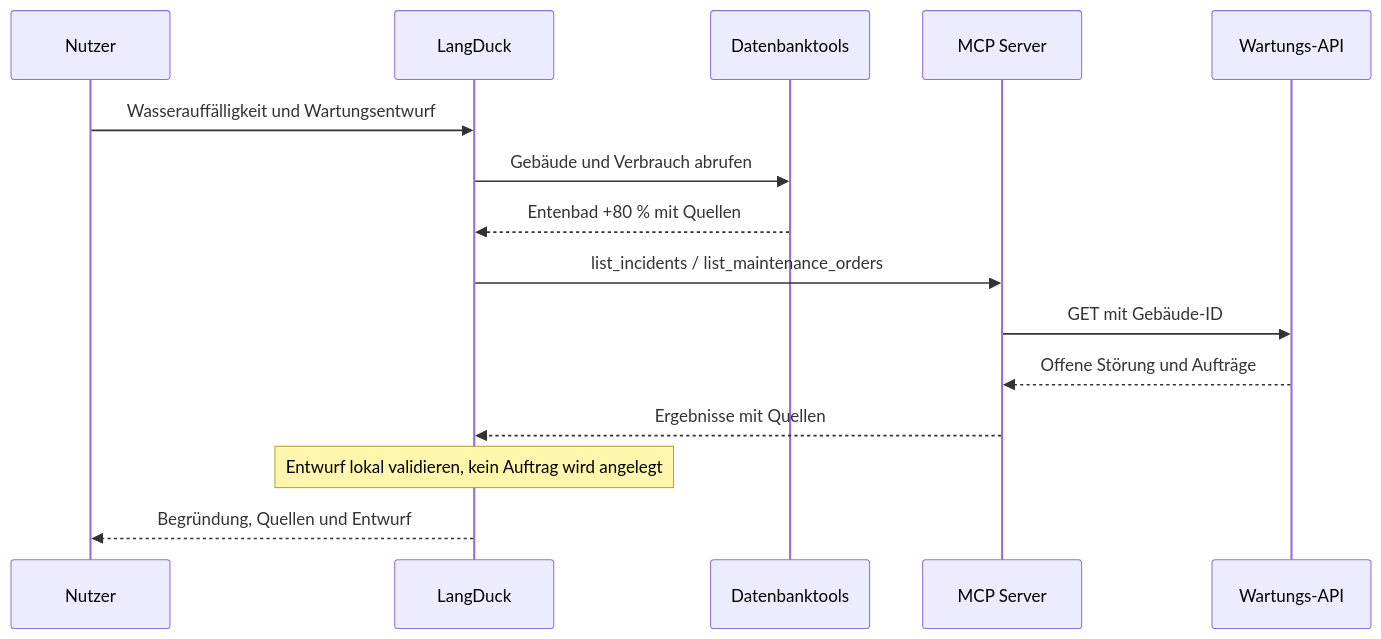
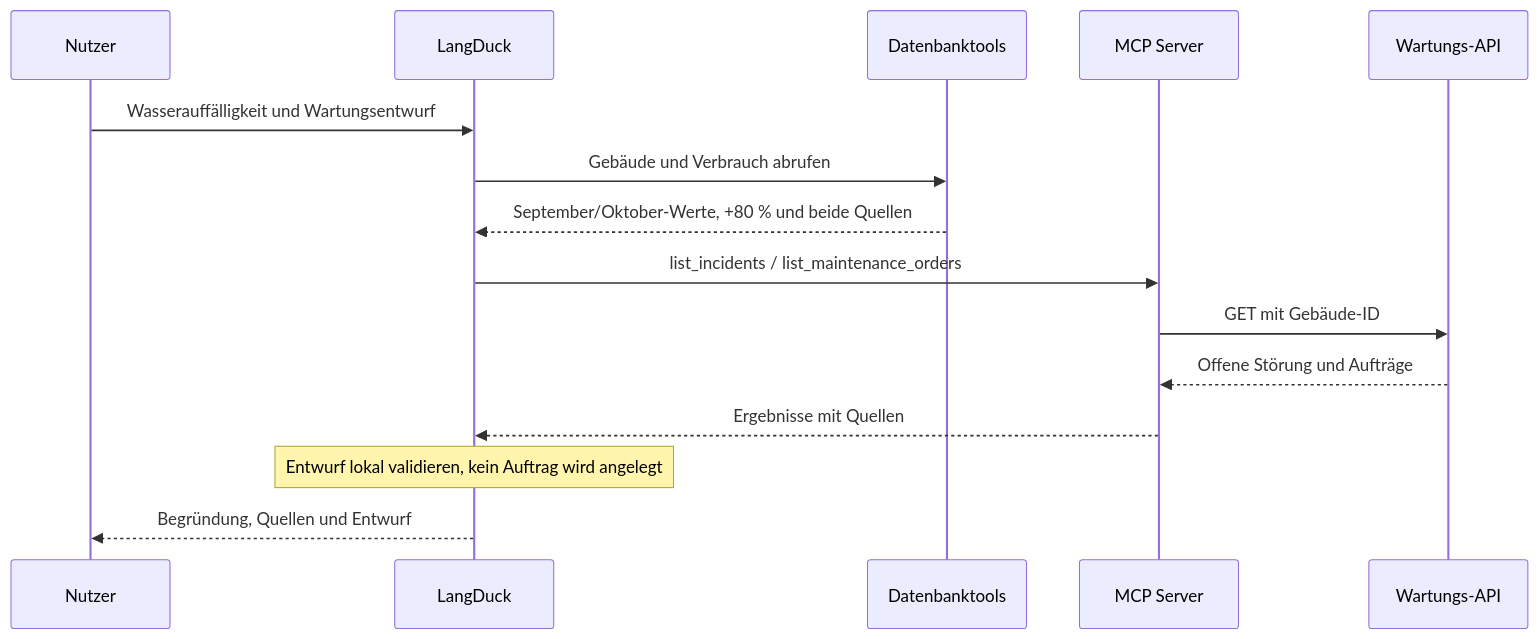
Before and after one commit to nakicam/LangDuck: the third of 5 diagrams in docs/duckops-plan.md, drawn with Mermaid. The commit also changed other lines of this file, not shown here.

````diff
--- a/docs/duckops-plan.md
+++ b/docs/duckops-plan.md
@@ -102,17 +104,17 @@
 ```mermaid
 sequenceDiagram
  participant U as Nutzer
  participant L as LangDuck
  participant D as Datenbanktools
  participant M as MCP Server
  participant A as Wartungs-API
  U->>L: Wasserauffälligkeit und Wartungsentwurf
  L->>D: Gebäude und Verbrauch abrufen
- D-->>L: Entenbad +80 % mit Quellen
+ D-->>L: September/Oktober-Werte, +80 % und beide Quellen
  L->>M: list_incidents / list_maintenance_orders
  M->>A: GET mit Gebäude-ID
  A-->>M: Offene Störung und Aufträge
  M-->>L: Ergebnisse mit Quellen
  Note over L: Entwurf lokal validieren, kein Auftrag wird angelegt
  L-->>U: Begründung, Quellen und Entwurf
 ```
````
